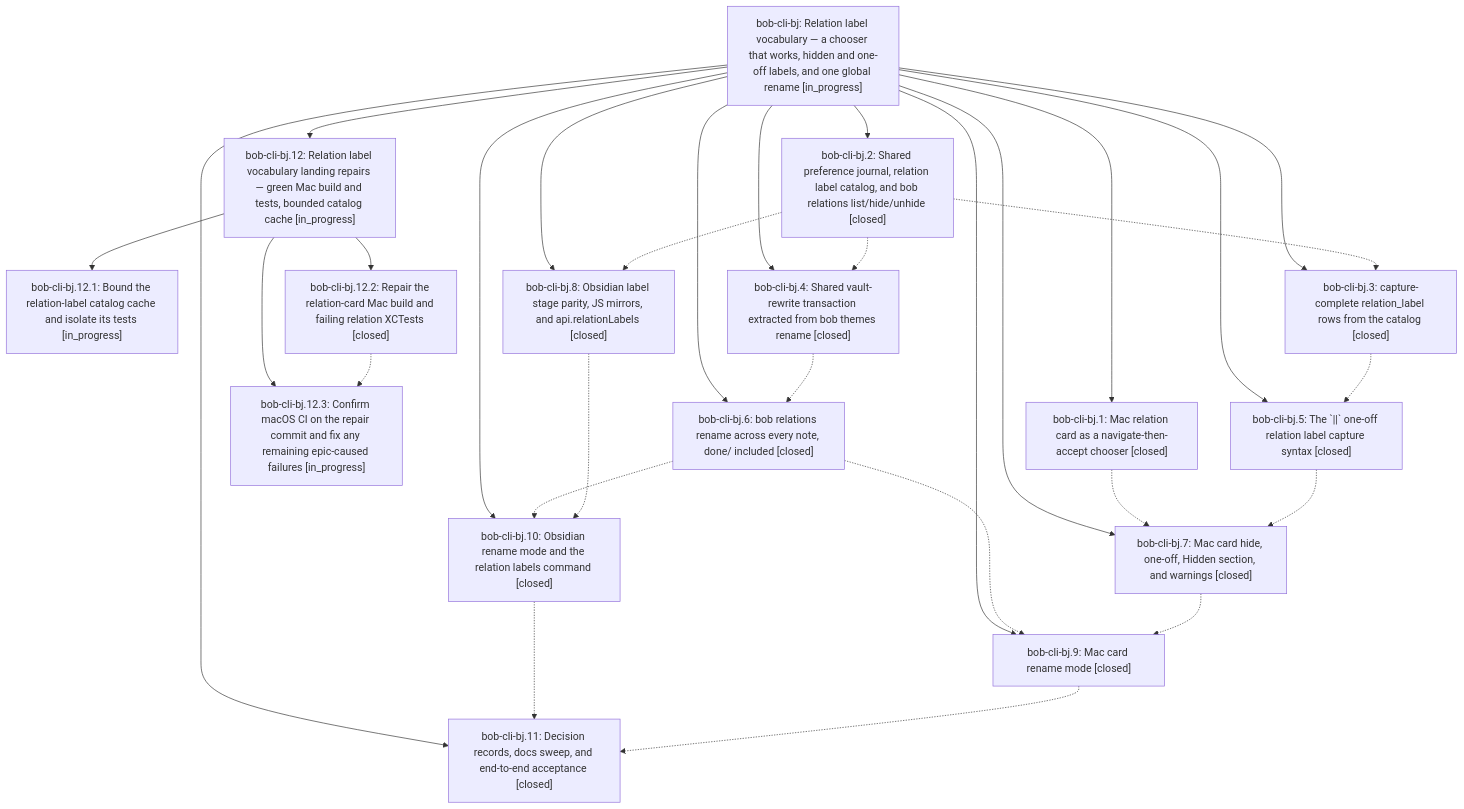
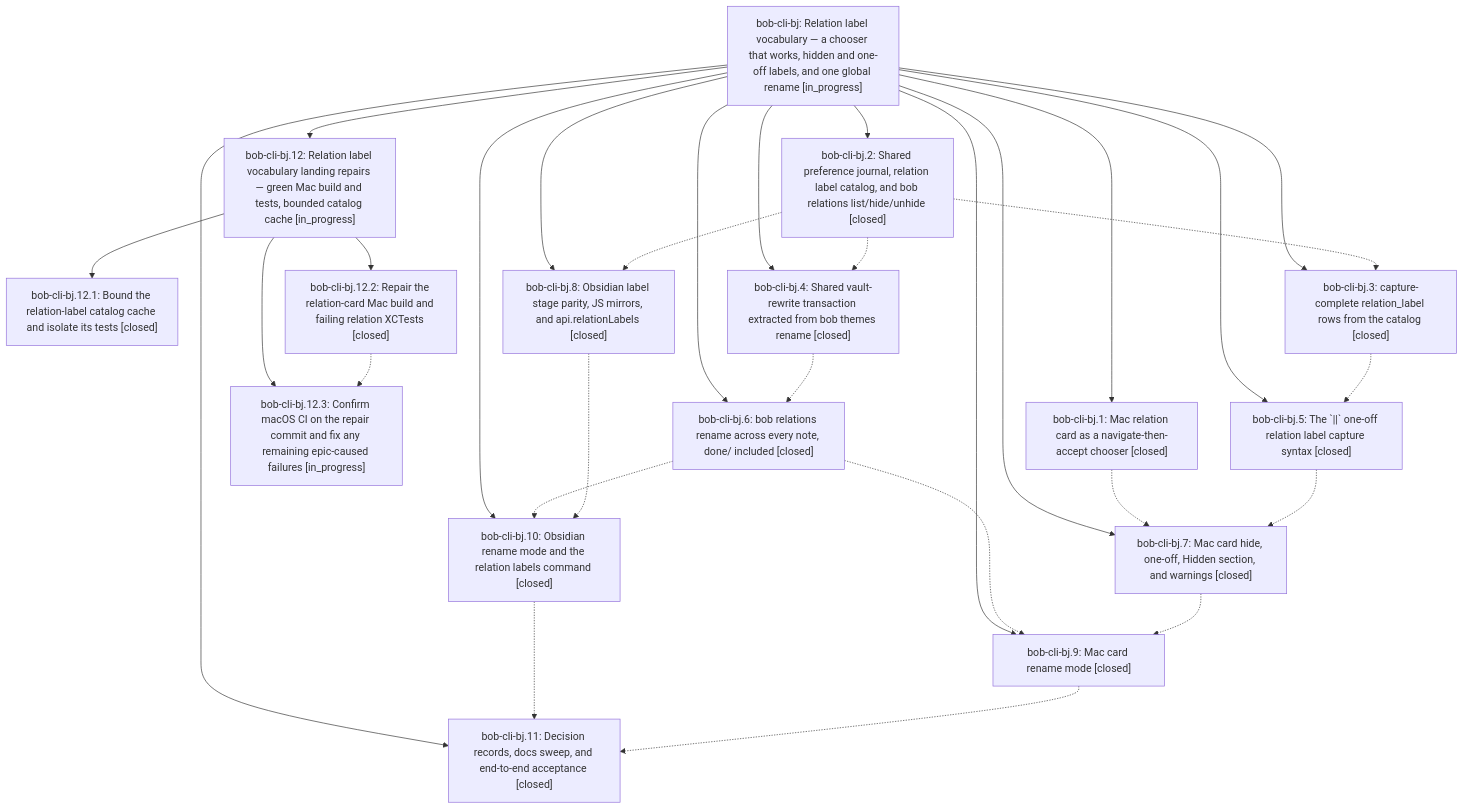
Before and after one commit to bobs-org/bob-cli--beads: the diagram in pages/bob-cli-bj/README.md, drawn with Mermaid. The commit also changed other lines of this file and 6 other files, not shown here.

First line of the commit message:
chore(beads): sync bead state and pages for bob-cli-bj

````diff
--- a/pages/bob-cli-bj/README.md
+++ b/pages/bob-cli-bj/README.md
@@ -56,48 +56,48 @@
 ```mermaid
 flowchart TD
     n0["bob-cli-bj: Relation label vocabulary — a chooser that works, hidden and one-off labels, and one global rename [in_progress]"]
     n1["bob-cli-bj.1: Mac relation card as a navigate-then-accept chooser [closed]"]
     n2["bob-cli-bj.10: Obsidian rename mode and the relation labels command [closed]"]
     n3["bob-cli-bj.11: Decision records, docs sweep, and end-to-end acceptance [closed]"]
     n4["bob-cli-bj.12: Relation label vocabulary landing repairs — green Mac build and tests, bounded catalog cache [in_progress]"]
-    n5["bob-cli-bj.12.1: Bound the relation-label catalog cache and isolate its tests [in_progress]"]
+    n5["bob-cli-bj.12.1: Bound the relation-label catalog cache and isolate its tests [closed]"]
     n6["bob-cli-bj.12.2: Repair the relation-card Mac build and failing relation XCTests [closed]"]
     n7["bob-cli-bj.12.3: Confirm macOS CI on the repair commit and fix any remaining epic-caused failures [in_progress]"]
     n8["bob-cli-bj.2: Shared preference journal, relation label catalog, and bob relations list/hide/unhide [closed]"]
     n9["bob-cli-bj.3: capture-complete relation_label rows from the catalog [closed]"]
     n10["bob-cli-bj.4: Shared vault-rewrite transaction extracted from bob themes rename [closed]"]
     n11["bob-cli-bj.5: The `||` one-off relation label capture syntax [closed]"]
     n12["bob-cli-bj.6: bob relations rename across every note, done/ included [closed]"]
     n13["bob-cli-bj.7: Mac card hide, one-off, Hidden section, and warnings [closed]"]
     n14["bob-cli-bj.8: Obsidian label stage parity, JS mirrors, and api.relationLabels [closed]"]
     n15["bob-cli-bj.9: Mac card rename mode [closed]"]
     n0 --> n1
     n0 --> n2
     n0 --> n3
     n0 --> n4
     n4 --> n5
     n4 --> n6
     n4 --> n7
     n0 --> n8
     n0 --> n9
     n0 --> n10
     n0 --> n11
     n0 --> n12
     n0 --> n13
     n0 --> n14
     n0 --> n15
     n1 -.-> n13
     n2 -.-> n3
     n6 -.-> n7
     n8 -.-> n9
     n8 -.-> n10
     n8 -.-> n14
     n9 -.-> n11
     n10 -.-> n12
     n11 -.-> n13
     n12 -.-> n2
     n12 -.-> n15
     n13 -.-> n15
     n14 -.-> n2
     n15 -.-> n3
 ```
````
